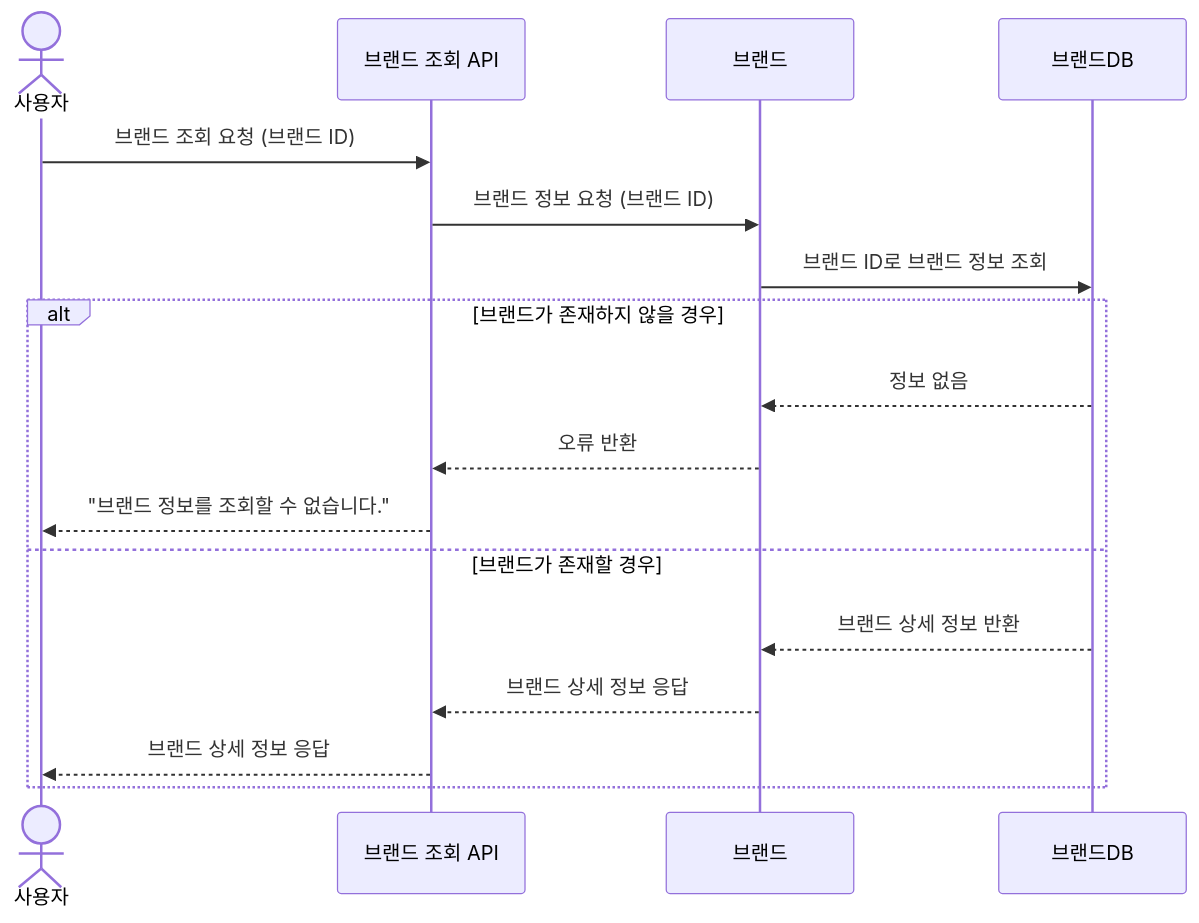
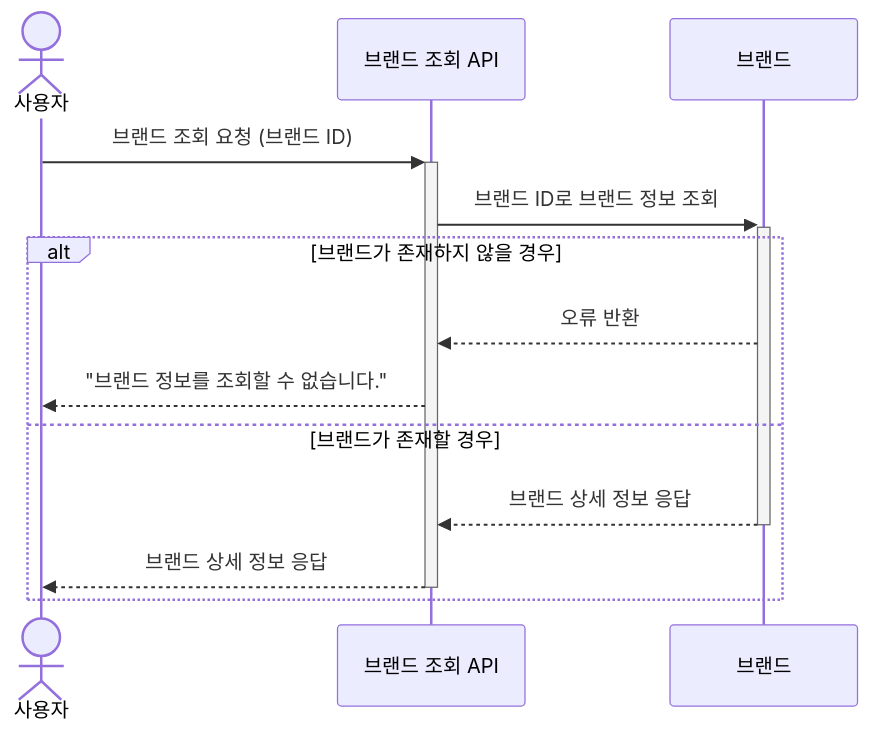
The third of 9 diagrams in docs/design/02-sequence-diagrams.md (kodonghee/loopers-e-commerce), drawn with Mermaid before and after one commit. The commit also changed other lines of this file, not shown here.

Commit message:
feat: 시퀀스 다이어그램 - 주문 관련 작성

````diff
--- a/docs/design/02-sequence-diagrams.md
+++ b/docs/design/02-sequence-diagrams.md
@@ -54,21 +47,17 @@
 ```mermaid
 sequenceDiagram
     actor 사용자
     participant 브랜드 조회 API
     participant 브랜드
-    participant 브랜드DB
 
-    사용자->>브랜드 조회 API: 브랜드 조회 요청 (브랜드 ID)
-    브랜드 조회 API->>브랜드: 브랜드 정보 요청 (브랜드 ID)
-    브랜드->>브랜드DB: 브랜드 ID로 브랜드 정보 조회
+    사용자->>+브랜드 조회 API: 브랜드 조회 요청 (브랜드 ID)
+    브랜드 조회 API->>+브랜드: 브랜드 ID로 브랜드 정보 조회
 
     alt 브랜드가 존재하지 않을 경우
-        브랜드DB-->>브랜드: 정보 없음
         브랜드-->>브랜드 조회 API: 오류 반환
         브랜드 조회 API-->>사용자: "브랜드 정보를 조회할 수 없습니다."
     else 브랜드가 존재할 경우
-        브랜드DB-->>브랜드: 브랜드 상세 정보 반환
-        브랜드-->>브랜드 조회 API: 브랜드 상세 정보 응답
-        브랜드 조회 API-->>사용자: 브랜드 상세 정보 응답
+        브랜드-->>-브랜드 조회 API: 브랜드 상세 정보 응답
+        브랜드 조회 API-->>-사용자: 브랜드 상세 정보 응답
     end
 ```
````
